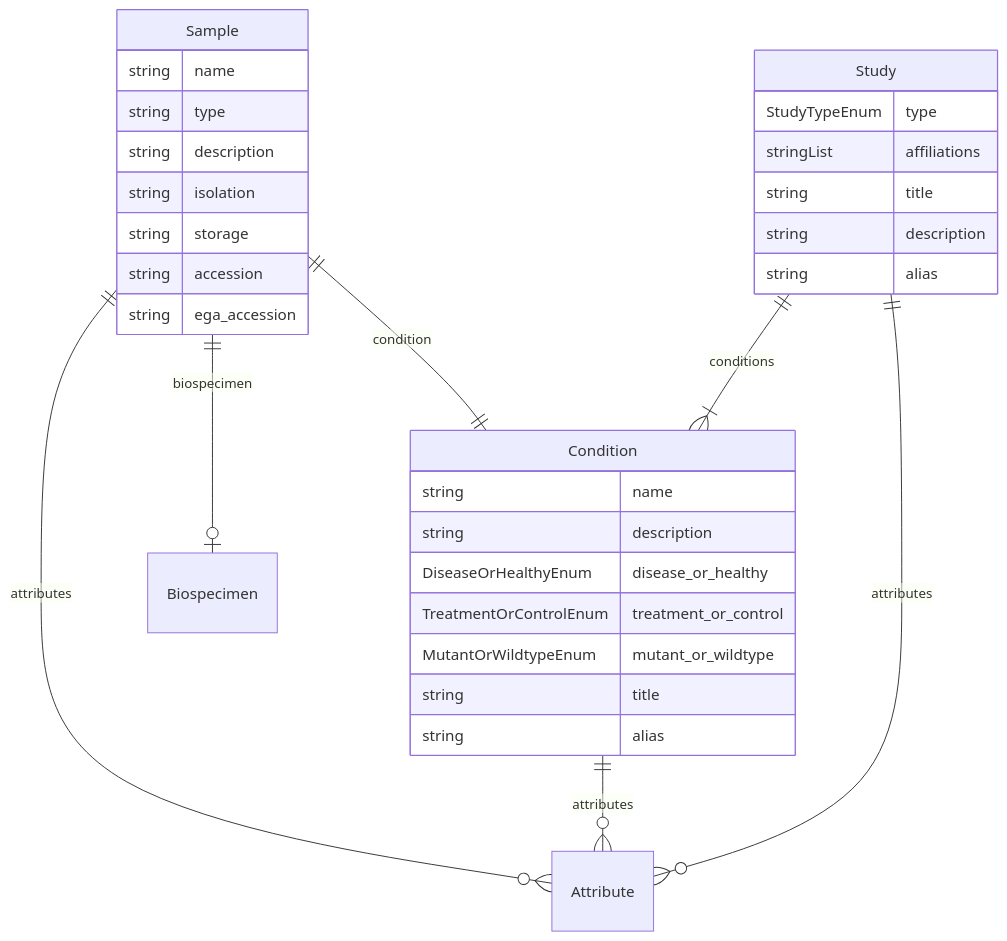
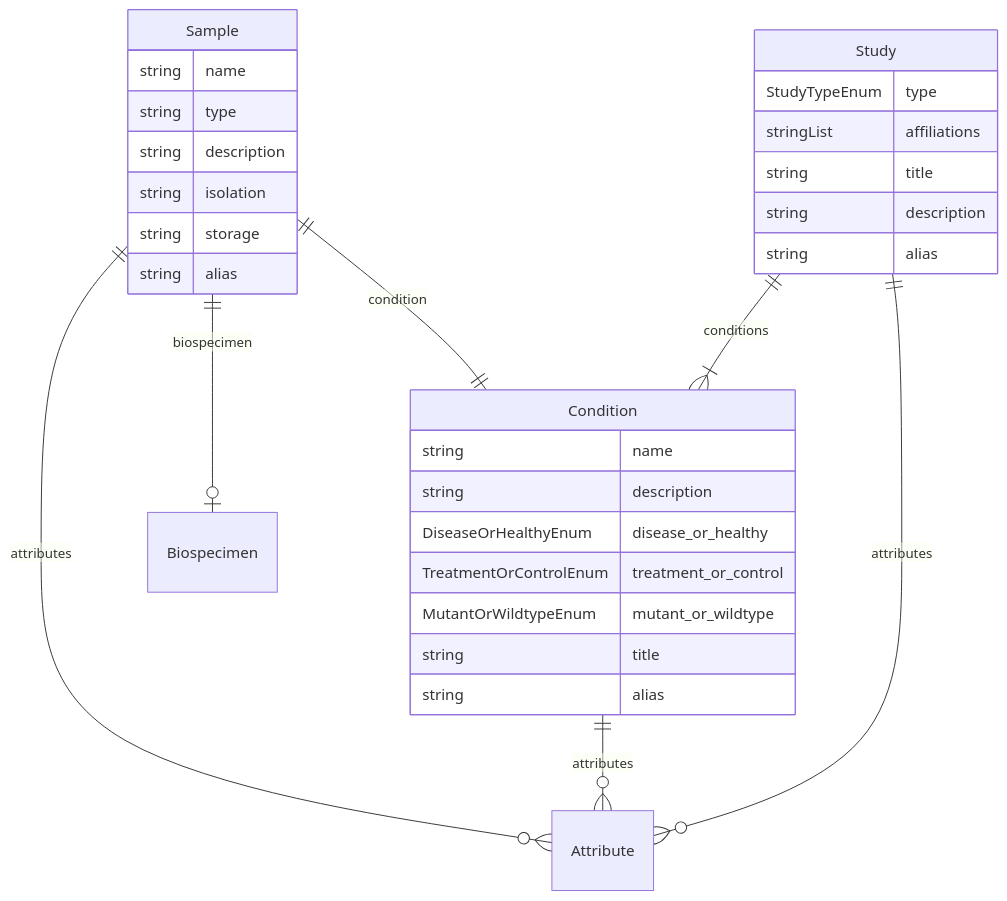
The seventh of 7 diagrams in docs/entity_relations.md (ghga-de/ghga-metadata-schema), drawn with Mermaid before and after one commit. The commit also changed other lines of this file and 14 other files, not shown here.

````diff
--- a/docs/entity_relations.md
+++ b/docs/entity_relations.md
@@ -337,36 +333,35 @@
 ```mermaid
 erDiagram
 Sample {
     string name  
     string type  
     string description  
     string isolation  
     string storage  
-    string accession  
-    string ega_accession  
+    string alias  
 }
 Condition {
     string name  
     string description  
     DiseaseOrHealthyEnum disease_or_healthy  
     TreatmentOrControlEnum treatment_or_control  
     MutantOrWildtypeEnum mutant_or_wildtype  
     string title  
     string alias  
 }
 Study {
     StudyTypeEnum type  
     stringList affiliations  
     string title  
     string description  
     string alias  
 }
 
 Sample ||--|o Biospecimen : "biospecimen"
 Sample ||--|| Condition : "condition"
 Sample ||--}o Attribute : "attributes"
 Condition ||--}o Attribute : "attributes"
 Study ||--}| Condition : "conditions"
 Study ||--}o Attribute : "attributes"
 
 ```
````
